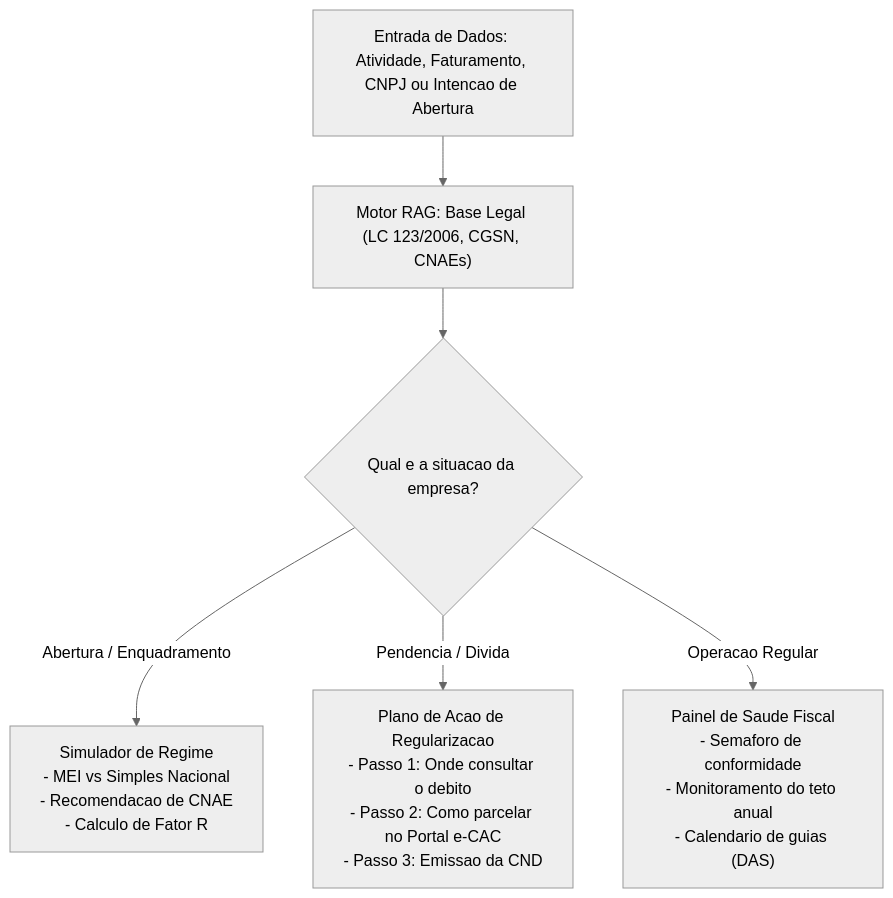
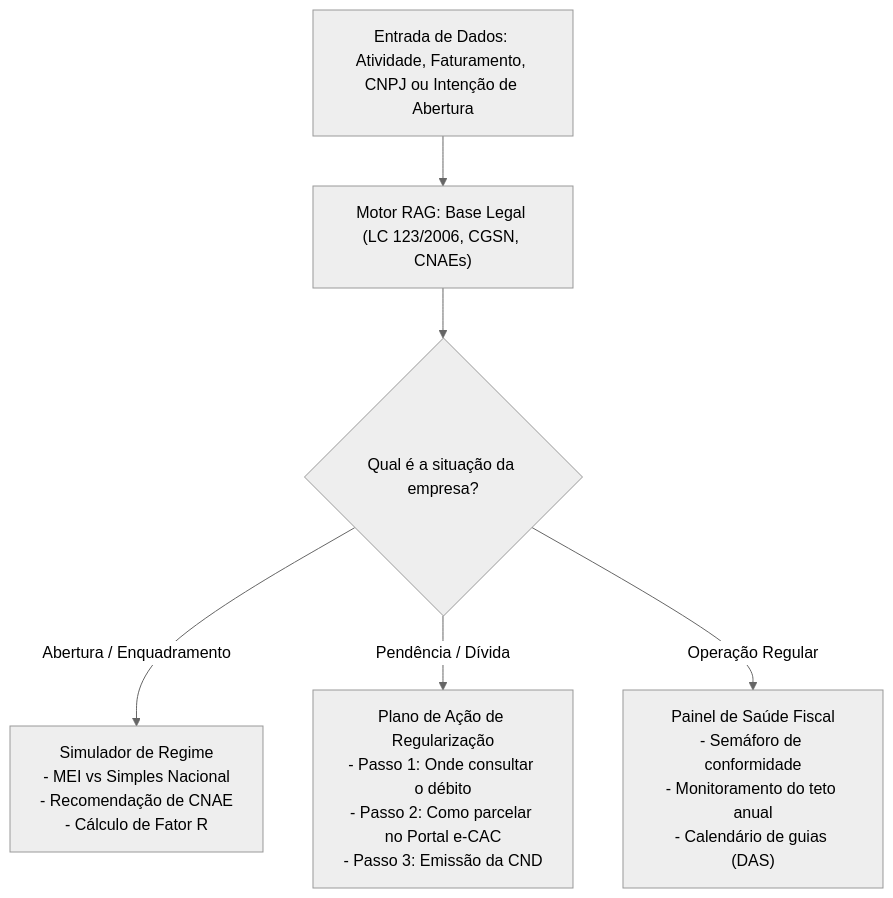
The diagram in docs/guiding-questions.md (ingrdsoares/RES-IA-Challenge-2), drawn with Mermaid (neutral theme) before and after one commit. The commit also changed other lines of this file and 9 other files, not shown here.

````diff
--- a/docs/guiding-questions.md
+++ b/docs/guiding-questions.md
@@ -60,12 +60,12 @@
 ```mermaid
 flowchart TD
-    Entrada["Entrada de Dados: Atividade, Faturamento, CNPJ ou Intencao de Abertura"] --> RAG["Motor RAG: Base Legal (LC 123/2006, CGSN, CNAEs)"]
+    Entrada["Entrada de Dados: Atividade, Faturamento, CNPJ ou Intenção de Abertura"] --> RAG["Motor RAG: Base Legal (LC 123/2006, CGSN, CNAEs)"]
     
-    RAG --> Analise{"Qual e a situacao da empresa?"}
+    RAG --> Analise{"Qual é a situação da empresa?"}
     
-    Analise -- Abertura / Enquadramento --> Simula["Simulador de Regime\n- MEI vs Simples Nacional\n- Recomendacao de CNAE\n- Calculo de Fator R"]
+    Analise -- Abertura / Enquadramento --> Simula["Simulador de Regime\n- MEI vs Simples Nacional\n- Recomendação de CNAE\n- Cálculo de Fator R"]
     
-    Analise -- Pendencia / Divida --> Regulariza["Plano de Acao de Regularizacao\n- Passo 1: Onde consultar o debito\n- Passo 2: Como parcelar no Portal e-CAC\n- Passo 3: Emissao da CND"]
+    Analise -- Pendência / Dívida --> Regulariza["Plano de Ação de Regularização\n- Passo 1: Onde consultar o débito\n- Passo 2: Como parcelar no Portal e-CAC\n- Passo 3: Emissão da CND"]
     
-    Analise -- Operacao Regular --> Painel["Painel de Saude Fiscal\n- Semaforo de conformidade\n- Monitoramento do teto anual\n- Calendario de guias (DAS)"]
+    Analise -- Operação Regular --> Painel["Painel de Saúde Fiscal\n- Semáforo de conformidade\n- Monitoramento do teto anual\n- Calendário de guias (DAS)"]
 ```
````
